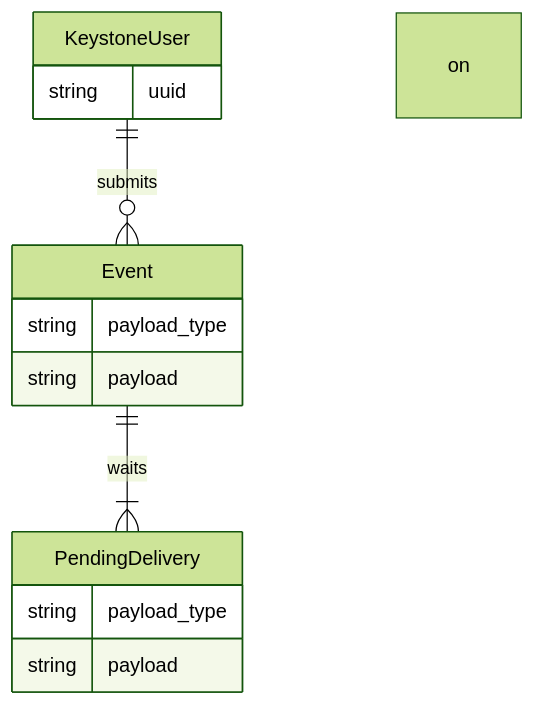
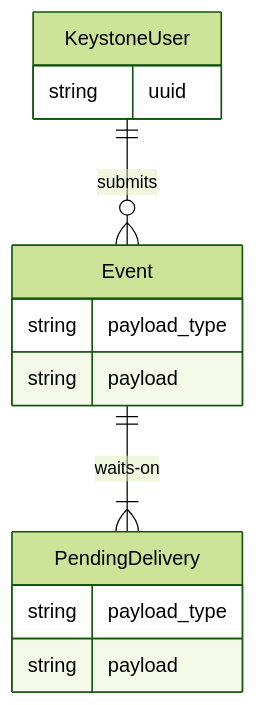
Before and after one commit to sapcc/tenso: the diagram in README.md, drawn with Mermaid (forest theme).

Commit message:
Fix mermaid diagram in readme

````diff
--- a/README.md
+++ b/README.md
@@ -13,16 +13,16 @@
 ```mermaid
 erDiagram
     Event {
         string payload_type
         string payload
     }
     PendingDelivery {
         string payload_type
         string payload
     }
     KeystoneUser {
         string uuid
     }
     KeystoneUser ||--o{ Event : submits
-    Event ||--|{ PendingDelivery : waits on
+    Event ||--|{ PendingDelivery : waits-on
 ```
````
